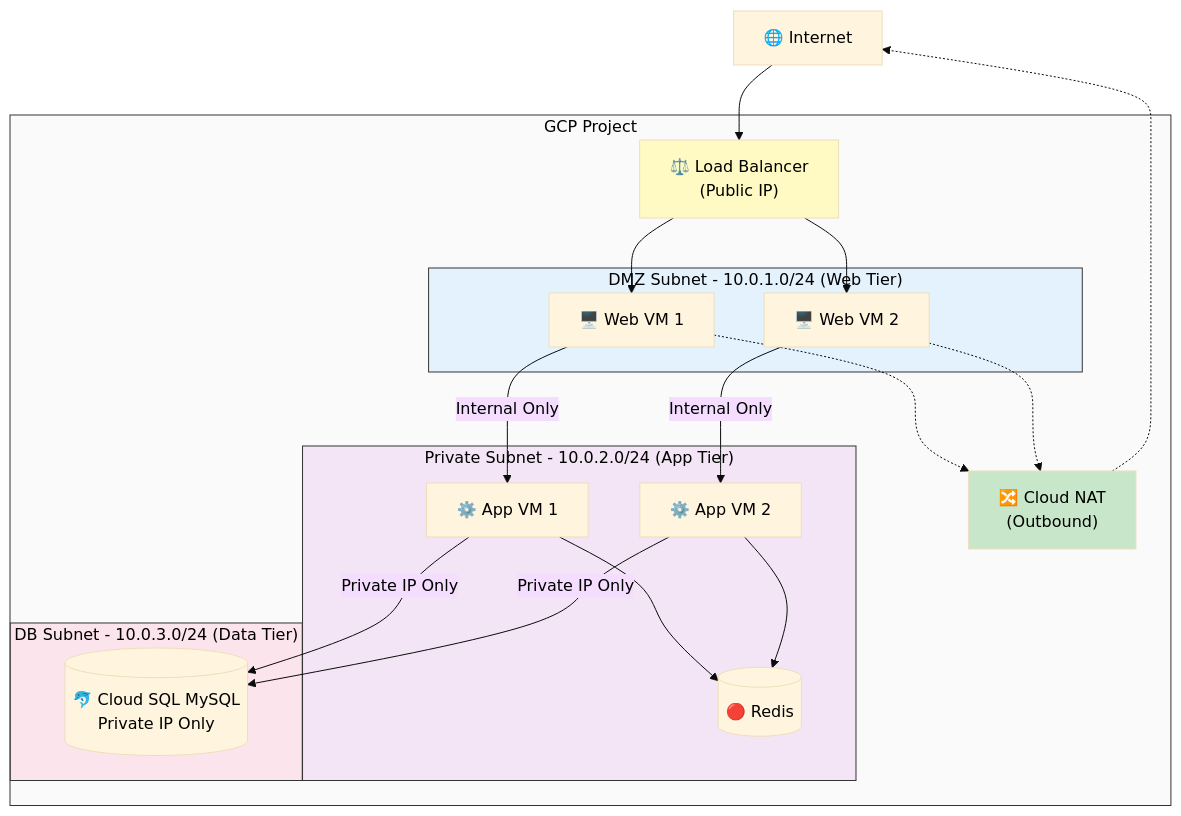
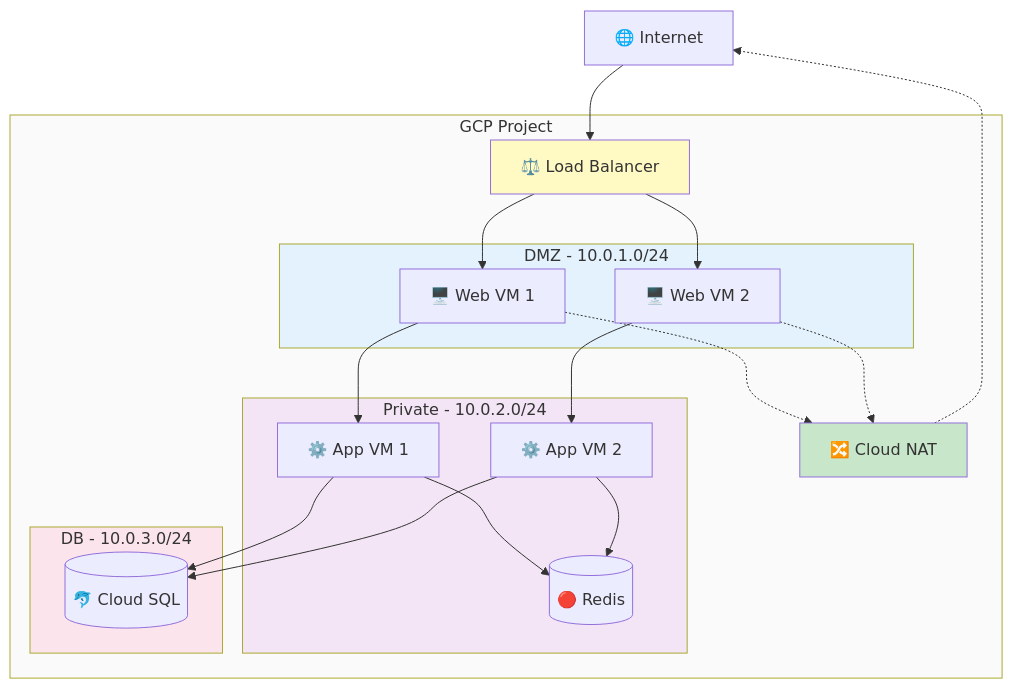
The third of 4 diagrams in terraform_gcp_infra/docs/architecture/overview.md (JSJ2337/GCP_terraform_code), drawn with Mermaid before and after one commit. The commit also changed other lines of this file and 5 other files, not shown here.

First line of the commit message:
fix: Mermaid 다이어그램 테마를 default로 변경 및 단순화

````diff
--- a/terraform_gcp_infra/docs/architecture/overview.md
+++ b/terraform_gcp_infra/docs/architecture/overview.md
@@ -187,46 +181,46 @@
 ```mermaid
-%%{init: {'theme': 'base', 'themeVariables': { 'primaryTextColor': '#000000', 'secondaryTextColor': '#000000', 'tertiaryTextColor': '#000000', 'clusterBkg': '#ffffff', 'clusterBorder': '#333333' }}}%%
+%%{init: {'theme': 'default'}}%%
 flowchart TB
     INET[🌐 Internet]
 
     subgraph GCP["GCP Project"]
-        LB["⚖️ Load Balancer<br/>(Public IP)"]
-        NAT["🔀 Cloud NAT<br/>(Outbound)"]
+        LB[⚖️ Load Balancer]
+        NAT[🔀 Cloud NAT]
 
-        subgraph DMZ["DMZ Subnet - 10.0.1.0/24 (Web Tier)"]
+        subgraph DMZ["DMZ - 10.0.1.0/24"]
             WEB1[🖥️ Web VM 1]
             WEB2[🖥️ Web VM 2]
         end
 
-        subgraph Private["Private Subnet - 10.0.2.0/24 (App Tier)"]
+        subgraph Private["Private - 10.0.2.0/24"]
             APP1[⚙️ App VM 1]
             APP2[⚙️ App VM 2]
             REDIS[(🔴 Redis)]
         end
 
-        subgraph DB["DB Subnet - 10.0.3.0/24 (Data Tier)"]
-            SQL[(🐬 Cloud SQL MySQL<br/>Private IP Only)]
+        subgraph DB["DB - 10.0.3.0/24"]
+            SQL[(🐬 Cloud SQL)]
         end
     end
 
     INET --> LB
     LB --> WEB1
     LB --> WEB2
     WEB1 -.-> NAT
     WEB2 -.-> NAT
     NAT -.-> INET
 
-    WEB1 -->|Internal Only| APP1
-    WEB2 -->|Internal Only| APP2
+    WEB1 --> APP1
+    WEB2 --> APP2
     APP1 --> REDIS
     APP2 --> REDIS
-    APP1 -->|Private IP Only| SQL
-    APP2 -->|Private IP Only| SQL
+    APP1 --> SQL
+    APP2 --> SQL
 
-    style GCP fill:#fafafa,color:#000000
-    style DMZ fill:#e3f2fd,color:#000000
-    style Private fill:#f3e5f5,color:#000000
-    style DB fill:#fce4ec,color:#000000
+    style GCP fill:#fafafa
+    style DMZ fill:#e3f2fd
+    style Private fill:#f3e5f5
+    style DB fill:#fce4ec
     style LB fill:#fff9c4
     style NAT fill:#c8e6c9
 ```
````
